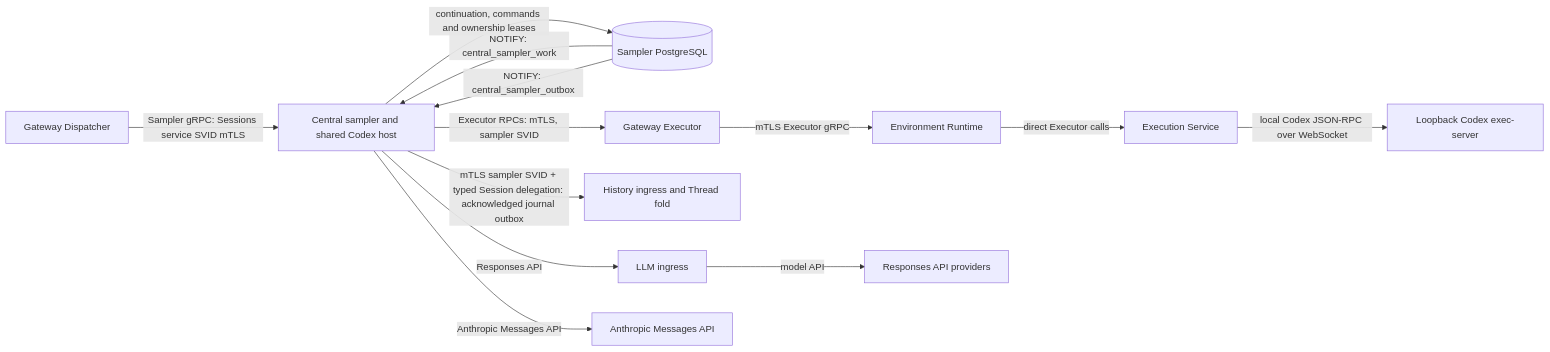
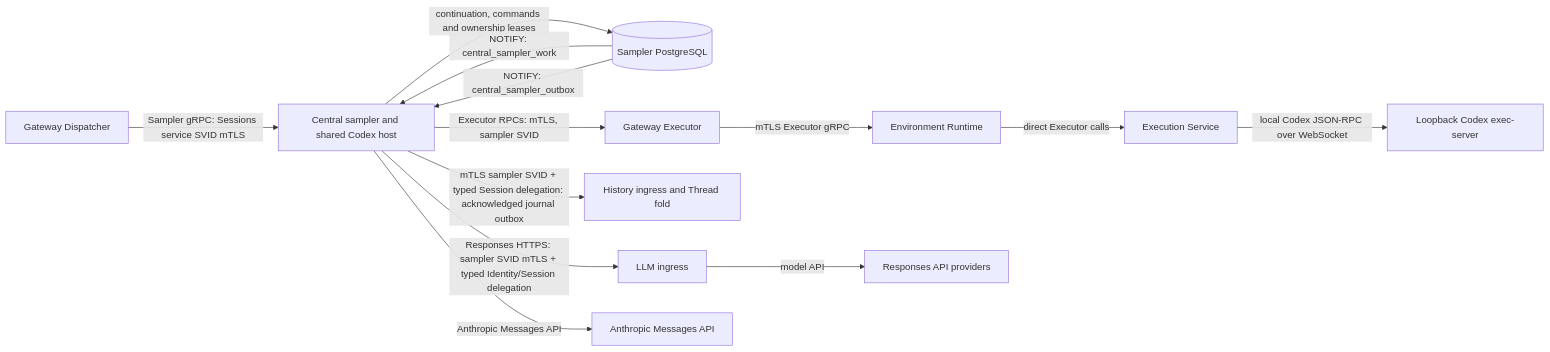
The fourth of 18 diagrams in agentplane/docs/system_overview.md (agentydragon/ducktape), drawn with Mermaid before and after one commit. The commit also changed other lines of this file and 5 other files, not shown here.

Commit message:
Switch sampler LLM ingress calls to service SVID delegation

````diff
--- a/agentplane/docs/system_overview.md
+++ b/agentplane/docs/system_overview.md
@@ -380,25 +381,25 @@
 ```mermaid
 flowchart LR
     dispatcher[Gateway Dispatcher]
     sampler[Central sampler and shared Codex host]
     db[(Sampler PostgreSQL)]
     gateway[Gateway Executor]
     runtime[Environment Runtime]
     execution[Execution Service]
     executor[Loopback Codex exec-server]
     history[History ingress and Thread fold]
     llm[LLM ingress]
     responses[Responses API providers]
     anthropic[Anthropic Messages API]
     dispatcher -->|Sampler gRPC: Sessions service SVID mTLS| sampler
     sampler -->|continuation, commands and ownership leases| db
     db -->|NOTIFY: central_sampler_work| sampler
     db -->|NOTIFY: central_sampler_outbox| sampler
     sampler -->|Executor RPCs: mTLS, sampler SVID| gateway
     gateway -->|mTLS Executor gRPC| runtime
     runtime -->|direct Executor calls| execution
     execution -->|local Codex JSON-RPC over WebSocket| executor
     sampler -->|mTLS sampler SVID + typed Session delegation: acknowledged journal outbox| history
-    sampler -->|Responses API| llm -->|model API| responses
+    sampler -->|Responses HTTPS: sampler SVID mTLS + typed Identity/Session delegation| llm -->|model API| responses
     sampler -->|Anthropic Messages API| anthropic
 ```
````
